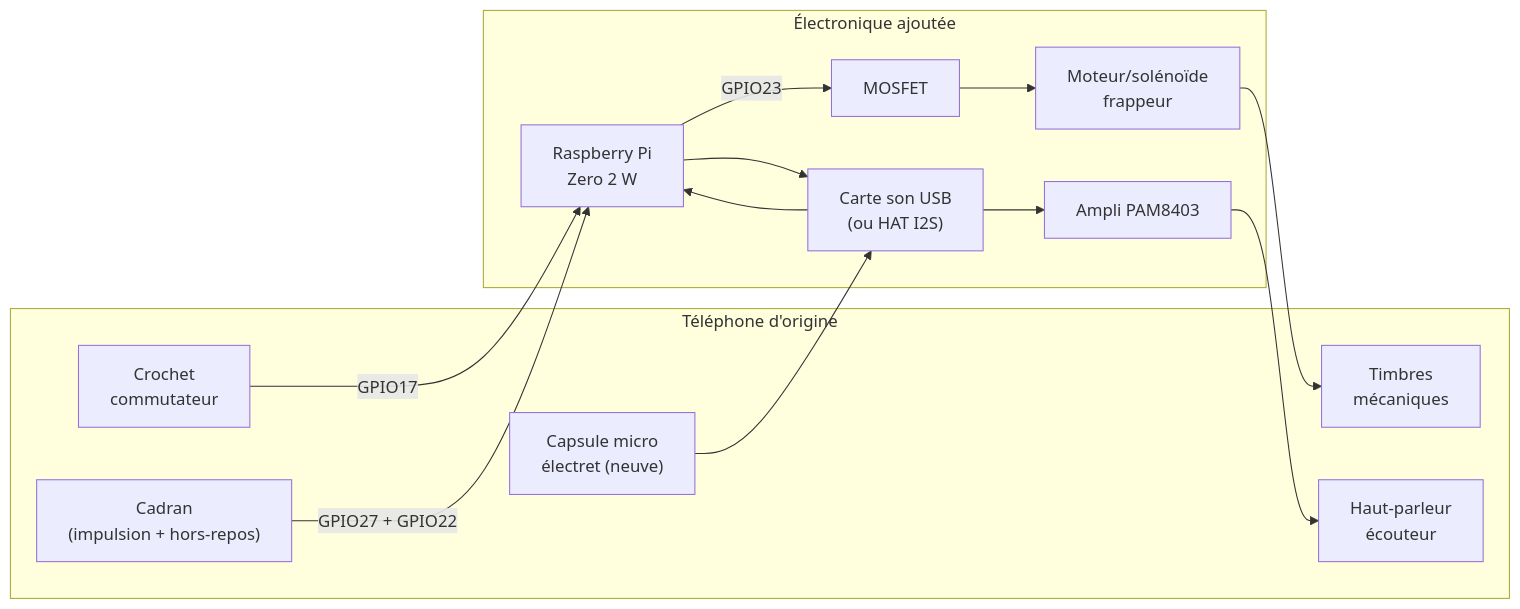
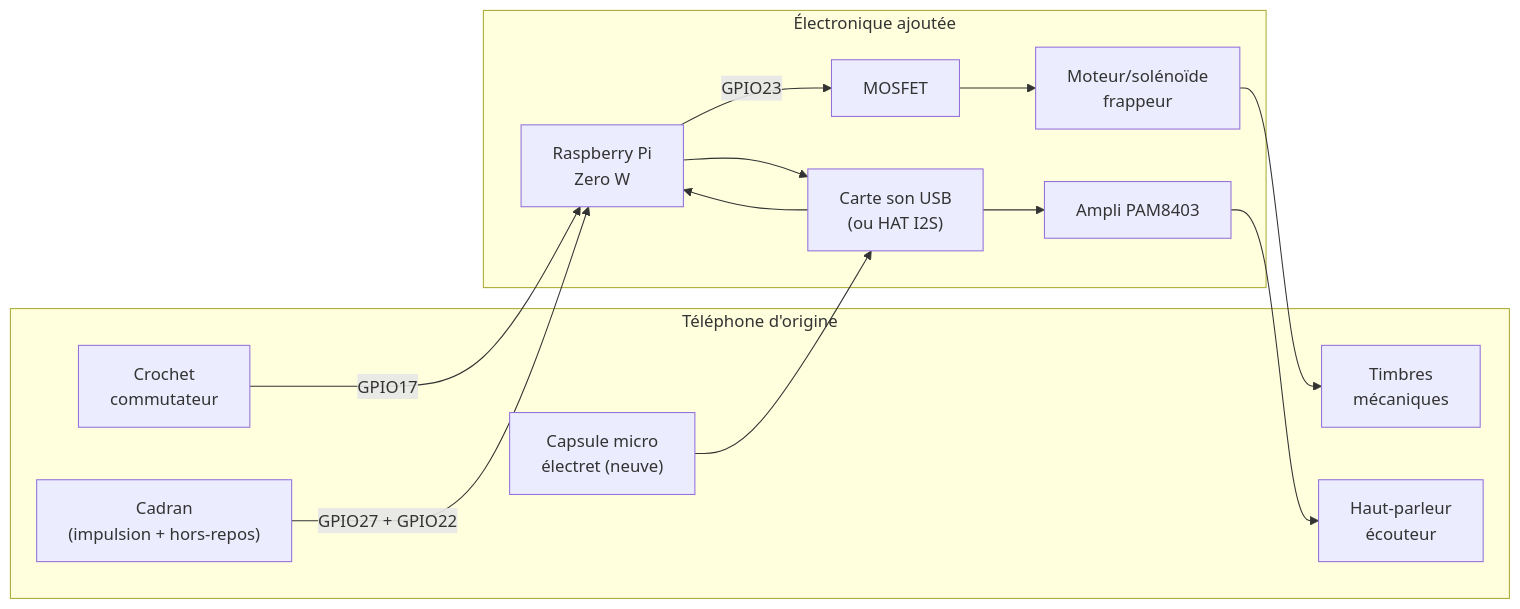
One commit to eicher31/rotary_phone changed the diagram in docs/hardware.md. Above: the diagram before and after it, drawn with Mermaid. The commit also changed other lines of this file and 5 other files, not shown here.

First line of the commit message:
Switch target board to Raspberry Pi Zero W (Zero 2 W out of stock)

````diff
--- a/docs/hardware.md
+++ b/docs/hardware.md
@@ -39,25 +50,25 @@
 ```mermaid
 flowchart LR
     subgraph Téléphone d'origine
         Hook["Crochet\ncommutateur"]
         Dial["Cadran\n(impulsion + hors-repos)"]
         Bells["Timbres\nmécaniques"]
         Mic["Capsule micro\nélectret (neuve)"]
         Spk["Haut-parleur\nécouteur"]
     end
 
     subgraph Électronique ajoutée
-        Pi["Raspberry Pi\nZero 2 W"]
+        Pi["Raspberry Pi\nZero W"]
         Snd["Carte son USB\n(ou HAT I2S)"]
         Amp["Ampli PAM8403"]
         Mos["MOSFET"]
         Motor["Moteur/solénoïde\nfrappeur"]
     end
 
     Hook -- GPIO17 --> Pi
     Dial -- GPIO27 + GPIO22 --> Pi
     Pi -- GPIO23 --> Mos --> Motor --> Bells
 
     Mic --> Snd --> Pi
     Pi --> Snd --> Amp --> Spk
 ```
````
